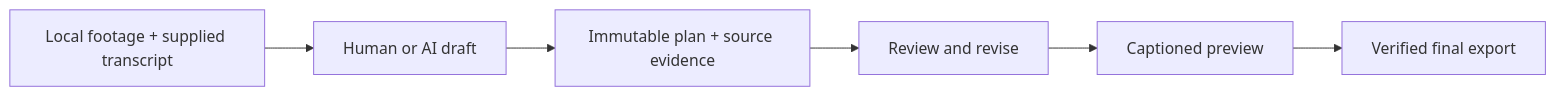
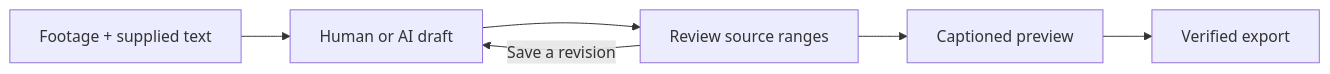
The diagram in README.md (codesphere-u/reeltern), drawn with Mermaid before and after one commit. The commit also changed other lines of this file and 1 other file, not shown here.

````diff
--- a/README.md
+++ b/README.md
@@ -154,8 +40,8 @@
 ```mermaid
 flowchart LR
-  A[Local footage + supplied transcript] --> B[Human or AI draft]
-  B --> C[Immutable plan + source evidence]
-  C --> D[Review and revise]
-  D --> E[Captioned preview]
-  E --> F[Verified final export]
+    A["Footage + supplied text"] --> B["Human or AI draft"]
+    B --> C["Review source ranges"]
+    C --> D["Captioned preview"]
+    D --> E["Verified export"]
+    C -->|"Save a revision"| B
 ```
````
